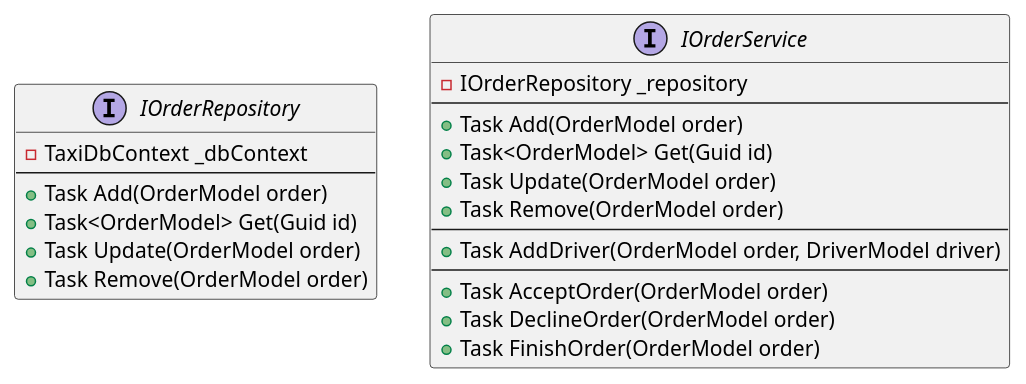
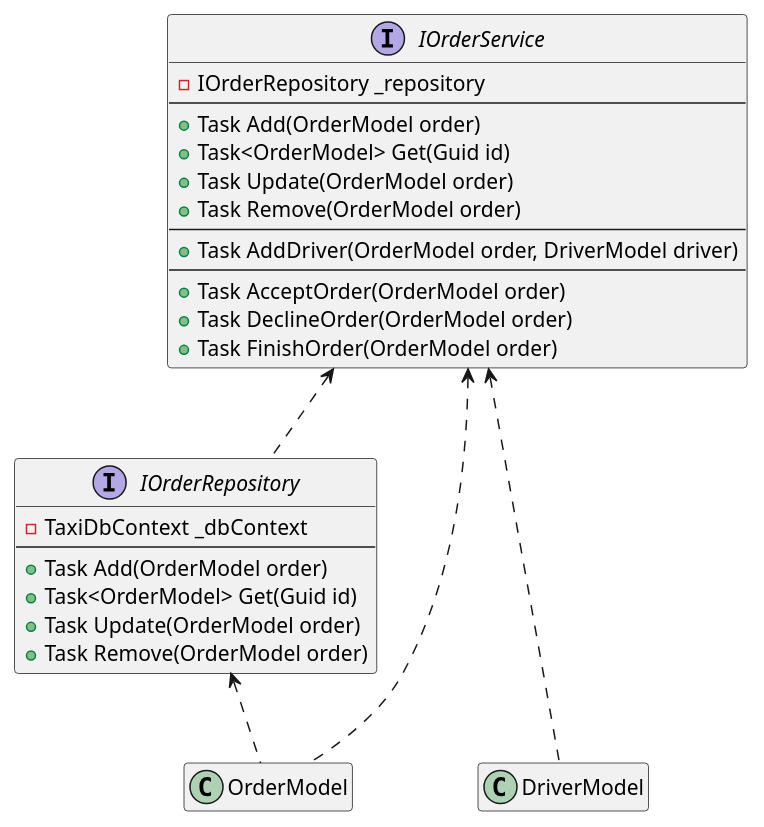
Before and after one commit to is-oop-y24/Pig-n-Go: the diagram in Docs/OrderServiceScheme.puml, drawn with PlantUML.

Commit message:
Added dependency arrows

```diff
--- a/Docs/OrderServiceScheme.puml
+++ b/Docs/OrderServiceScheme.puml
@@ -1,32 +1,37 @@
 @startuml
 'https://plantuml.com/class-diagram
 
 hide empty members
 
 interface IOrderRepository
 {
     - TaxiDbContext _dbContext
     --
     + Task Add(OrderModel order)
     + Task<OrderModel> Get(Guid id)
     + Task Update(OrderModel order)
     + Task Remove(OrderModel order)
 }
 
 interface IOrderService
 {
     - IOrderRepository _repository
     --
     + Task Add(OrderModel order)
     + Task<OrderModel> Get(Guid id)
     + Task Update(OrderModel order)
     + Task Remove(OrderModel order)
     --
     + Task AddDriver(OrderModel order, DriverModel driver)
     --
     + Task AcceptOrder(OrderModel order)
     + Task DeclineOrder(OrderModel order)
     + Task FinishOrder(OrderModel order)
 }
 
+IOrderRepository <.. OrderModel
+IOrderService <.. IOrderRepository
+IOrderService <... DriverModel
+IOrderService <.. OrderModel
+
 @enduml
```
